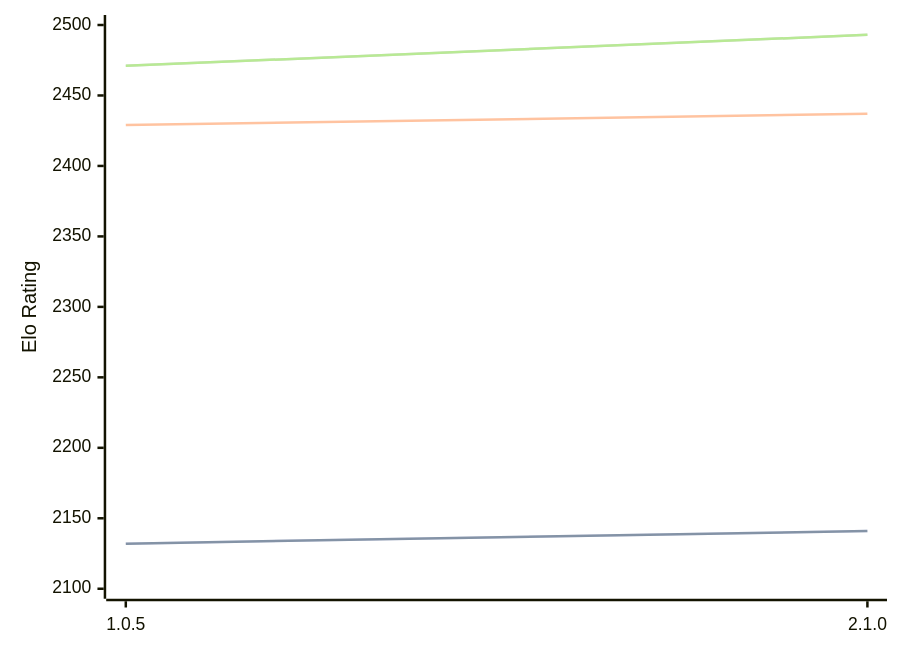
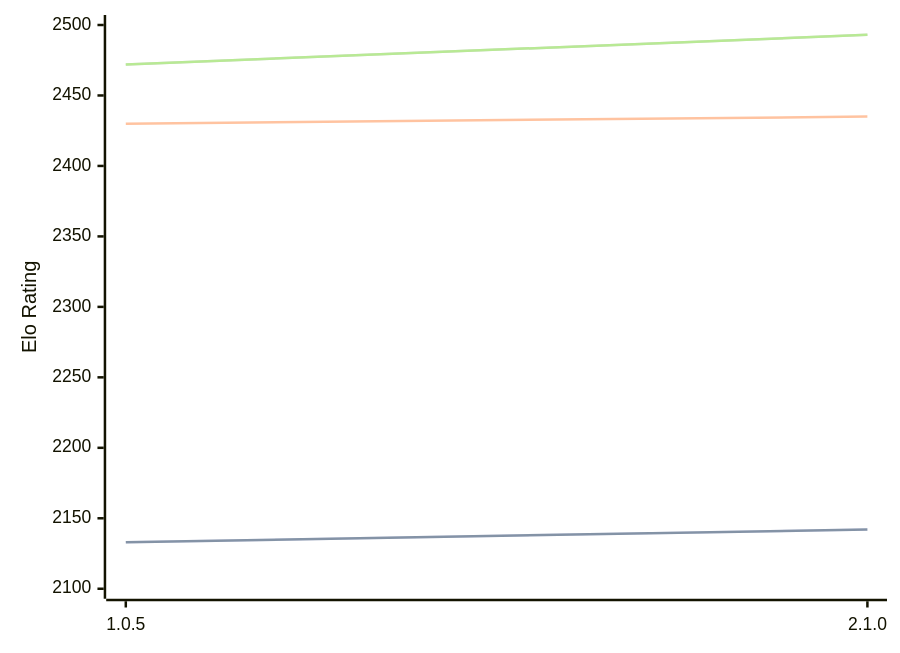
The diagram in engines/Ruffian.md (computer-chess-index/cci), drawn with Mermaid before and after one commit. The commit also changed other lines of this file, not shown here.

Commit message:
Update CCI Ratings (ELO VLTC) - 2026-07-25

````diff
--- a/engines/Ruffian.md
+++ b/engines/Ruffian.md
@@ -32,11 +32,11 @@
 ```mermaid
 %%{init: {"theme":"base","themeVariables":{"seriesColors:['#a3a3a3','#222221','#faa371']}}}%%
 xychart-beta
   x-axis ["1.0.5", "2.1.0"]
   y-axis "Elo Rating" 2100 --> 2500
-  line "STC (8.0+0.08s)" [2132, 2141]
-  line "STC (8.0+0.08s)" [2132, 2141]
-  line "LTC (60.0+0.60s)" [2429, 2437]
-  line "VLTC (2m24s+1.12s)" [2471, 2493]
-  line "VLTC (2m24s+1.12s)" [2471, 2493]
+  line "STC (8.0+0.08s)" [2133, 2142]
+  line "STC (8.0+0.08s)" [2133, 2142]
+  line "LTC (60.0+0.60s)" [2430, 2435]
+  line "VLTC (2m24s+1.12s)" [2472, 2493]
+  line "VLTC (2m24s+1.12s)" [2472, 2493]
 ```
````
